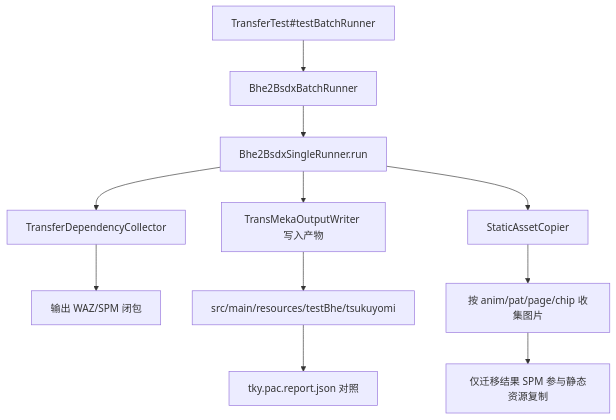
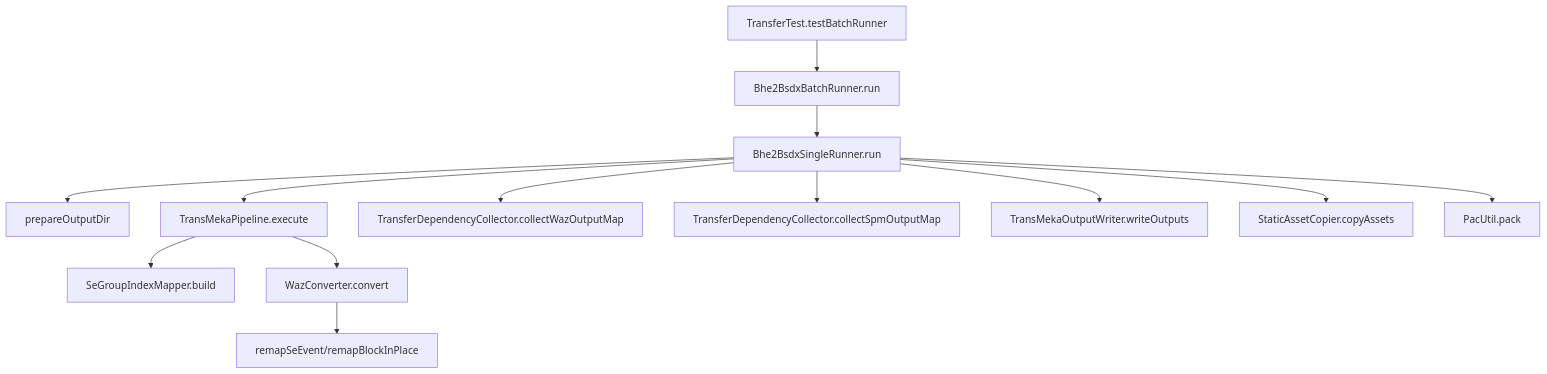
One commit to Karaik/NeXAS_DX changed the first of 2 diagrams in src/main/java/com/giga/nexas/transfer/bhe2bsdx/TKY_PAC_ANALYSIS_AND_GENERAL_FLOW.md. Above: the diagram before and after it, drawn with Mermaid. The commit also changed other lines of this file and 3 other files, not shown here.

````diff
--- a/src/main/java/com/giga/nexas/transfer/bhe2bsdx/TKY_PAC_ANALYSIS_AND_GENERAL_FLOW.md
+++ b/src/main/java/com/giga/nexas/transfer/bhe2bsdx/TKY_PAC_ANALYSIS_AND_GENERAL_FLOW.md
@@ -56,13 +76,15 @@
 ```mermaid
 flowchart TD
-  A[TransferTest#testBatchRunner] --> B[Bhe2BsdxBatchRunner]
+  A[TransferTest.testBatchRunner] --> B[Bhe2BsdxBatchRunner.run]
   B --> C[Bhe2BsdxSingleRunner.run]
-  C --> D[TransferDependencyCollector]
-  D --> E[输出 WAZ/SPM 闭包]
-  C --> F[TransMekaOutputWriter 写入产物]
-  C --> G[StaticAssetCopier]
-  G --> H[按 anim/pat/page/chip 收集图片]
-  H --> I[仅迁移结果 SPM 参与静态资源复制]
-  F --> J[src/main/resources/testBhe/tsukuyomi]
-  J --> K[tky.pac.report.json 对照]
+  C --> D[prepareOutputDir]
+  C --> E[TransMekaPipeline.execute]
+  E --> E1[SeGroupIndexMapper.build]
+  E --> E2[WazConverter.convert]
+  E2 --> E3[remapSeEvent/remapBlockInPlace]
+  C --> F[TransferDependencyCollector.collectWazOutputMap]
+  C --> G[TransferDependencyCollector.collectSpmOutputMap]
+  C --> H[TransMekaOutputWriter.writeOutputs]
+  C --> I[StaticAssetCopier.copyAssets]
+  C --> J[PacUtil.pack]
 ```
````
